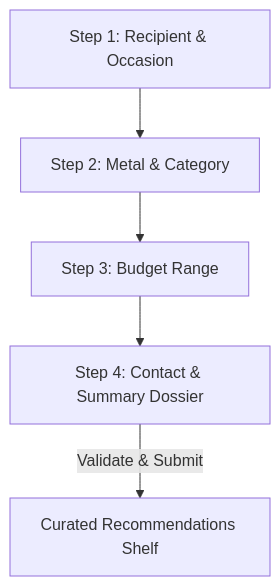
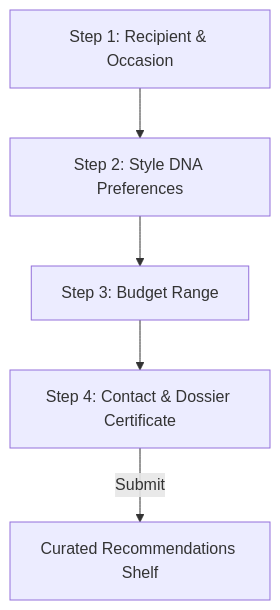
Before and after one commit to gsumithub/diavo-jweleries-funnel: the first of 2 diagrams in README.md, drawn with Mermaid. The commit also changed other lines of this file and 4 other files, not shown here.

````diff
--- a/README.md
+++ b/README.md
@@ -26,7 +23,7 @@
 ```mermaid
 graph TD
-    A[Step 1: Recipient & Occasion] --> B[Step 2: Metal & Category]
+    A[Step 1: Recipient & Occasion] --> B[Step 2: Style DNA Preferences]
     B --> C[Step 3: Budget Range]
-    C --> D[Step 4: Contact & Summary Dossier]
-    D -->|Validate & Submit| E[Curated Recommendations Shelf]
+    C --> D[Step 4: Contact & Dossier Certificate]
+    D -->|Submit| E[Curated Recommendations Shelf]
 ```
````
